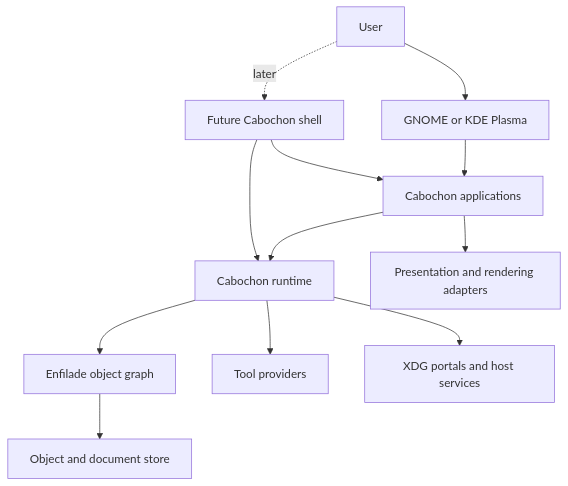
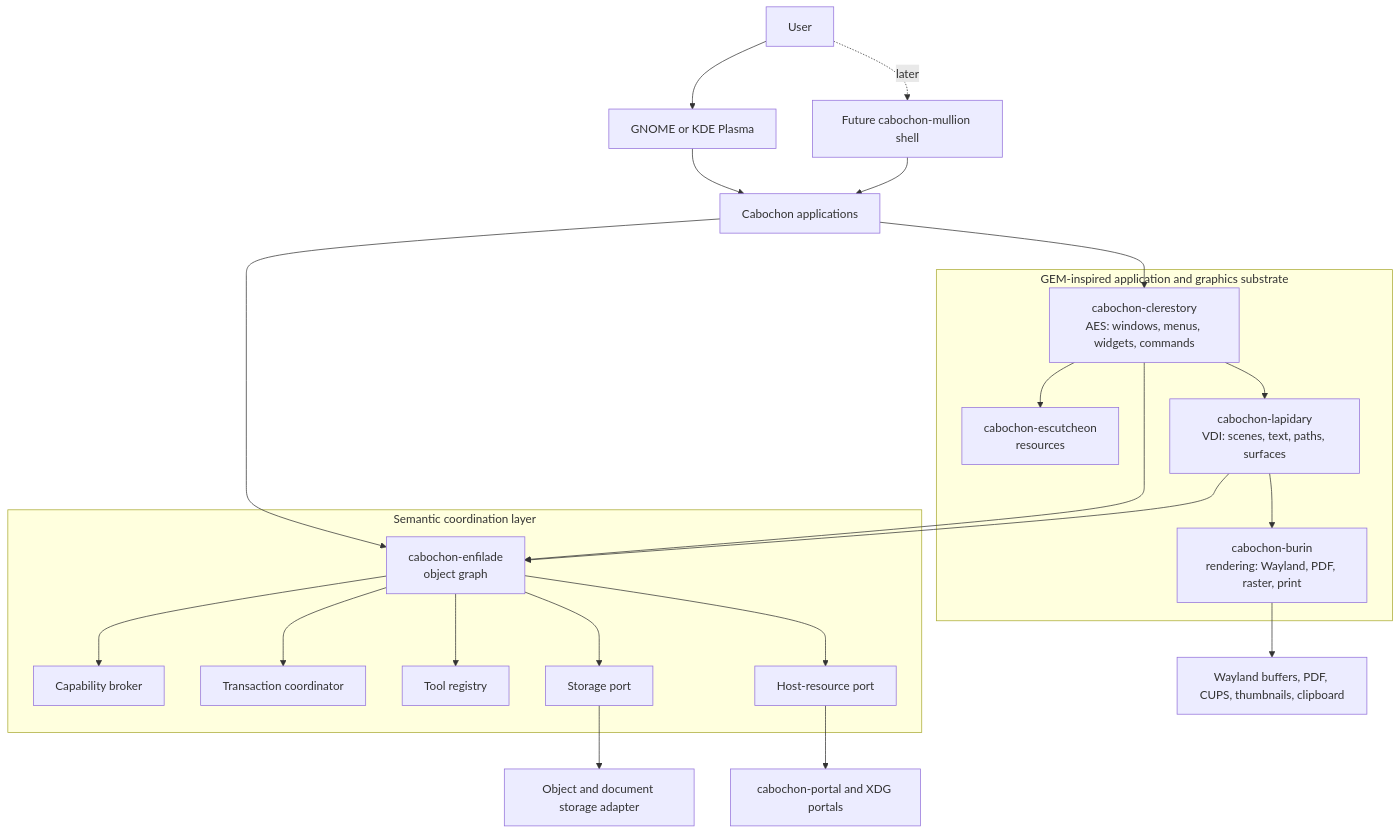
Before and after one commit to leynos/cabochon: the diagram in docs/cabochon-design.md, drawn with Mermaid. The commit also changed other lines of this file and 11 other files, not shown here.

First line of the commit message:
Make the GEM substrate the design's first-class platform (#13)

````diff
--- a/docs/cabochon-design.md
+++ b/docs/cabochon-design.md
@@ -100,25 +162,50 @@
 ```mermaid
 flowchart TB
     User[User]
     Host[GNOME or KDE Plasma]
-    Shell[Future Cabochon shell]
+    Mullion["Future cabochon-mullion shell"]
     Apps[Cabochon applications]
-    Runtime[Cabochon runtime]
-    Graph[Enfilade object graph]
-    Tools[Tool providers]
-    Store[Object and document store]
-    Portals[XDG portals and host services]
-    Render[Presentation and rendering adapters]
+
+    subgraph GEM["GEM-inspired application and graphics substrate"]
+        Clerestory["cabochon-clerestory<br>AES: windows, menus, widgets, commands"]
+        Escutcheon["cabochon-escutcheon<br>resources"]
+        Lapidary["cabochon-lapidary<br>VDI: scenes, text, paths, surfaces"]
+        Burin["cabochon-burin<br>rendering: Wayland, PDF, raster, print"]
+    end
+
+    subgraph Semantic["Semantic coordination layer"]
+        Enfilade["cabochon-enfilade<br>object graph"]
+        Capabilities[Capability broker]
+        Transactions[Transaction coordinator]
+        Tools[Tool registry]
+        StoragePort[Storage port]
+        PortalPort[Host-resource port]
+    end
+
+    Store[Object and document storage adapter]
+    Portals["cabochon-portal and XDG portals"]
+    Outputs["Wayland buffers, PDF, CUPS, thumbnails, clipboard"]
 
     User --> Host
-    User -. later .-> Shell
+    User -. later .-> Mullion
     Host --> Apps
-    Shell --> Apps
-    Apps --> Runtime
-    Runtime --> Graph
-    Runtime --> Tools
-    Graph --> Store
-    Runtime --> Portals
-    Apps --> Render
-    Shell --> Runtime
+    Mullion --> Apps
+
+    Apps --> Clerestory
+    Clerestory --> Escutcheon
+    Clerestory --> Lapidary
+    Lapidary --> Burin
+    Burin --> Outputs
+
+    Apps --> Enfilade
+    Clerestory --> Enfilade
+    Lapidary --> Enfilade
+
+    Enfilade --> Capabilities
+    Enfilade --> Transactions
+    Enfilade --> Tools
+    Enfilade --> StoragePort
+    Enfilade --> PortalPort
+    StoragePort --> Store
+    PortalPort --> Portals
 ```
````
